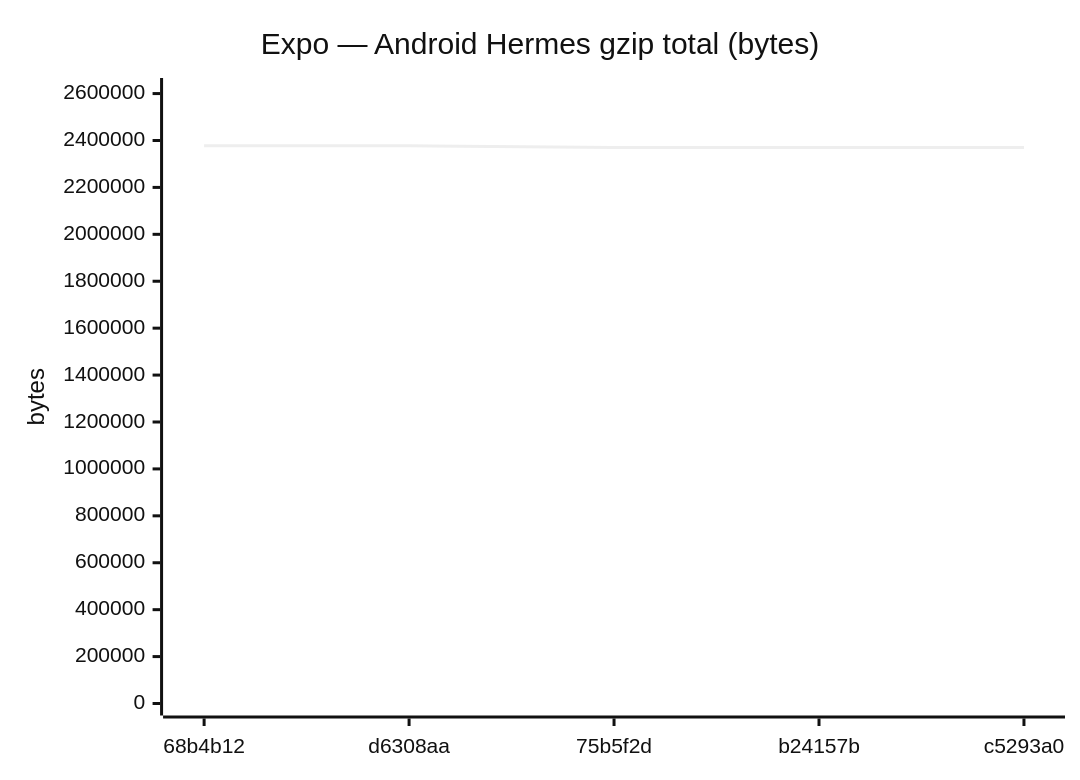
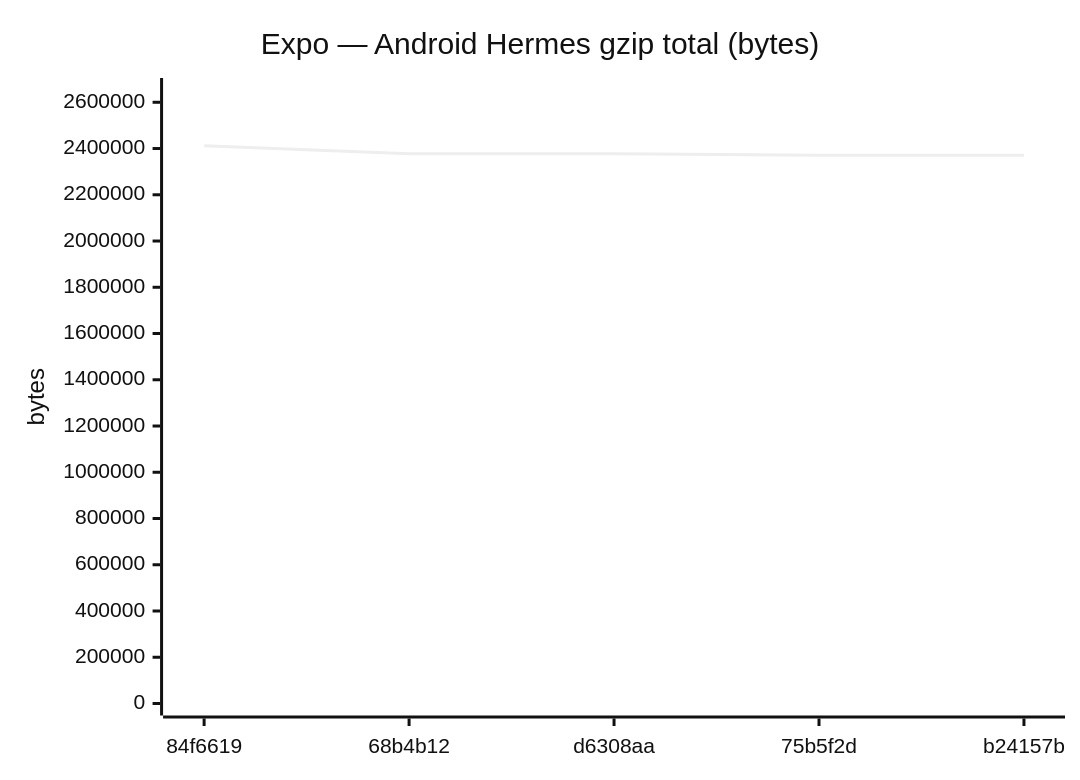
Diagram 11 of 18 in benchmarks/compare.md (Metaheurist/Rianell), drawn with Mermaid (neutral theme) before and after one commit. The commit also changed other lines of this file and 12 other files, not shown here.

````diff
--- a/benchmarks/compare.md
+++ b/benchmarks/compare.md
@@ -221,7 +172,7 @@
 ```mermaid
 xychart-beta
     title "Expo — Android Hermes gzip total (bytes)"
-    x-axis ["68b4b12", "d6308aa", "75b5f2d", "b24157b", "c5293a0"]
-    y-axis "bytes" 0 --> 2615238
-    line [2377489, 2377488, 2370632, 2370632, 2370634]
+    x-axis ["84f6619", "68b4b12", "d6308aa", "75b5f2d", "b24157b"]
+    y-axis "bytes" 0 --> 2653105
+    line [2411913, 2377489, 2377488, 2370632, 2370632]
 ```
````
